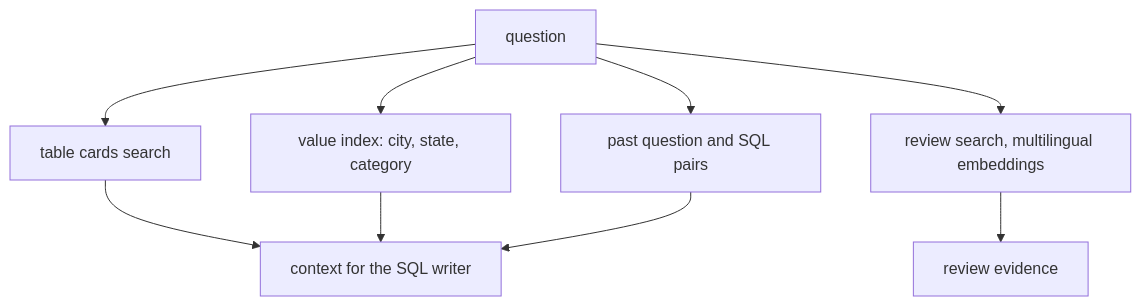
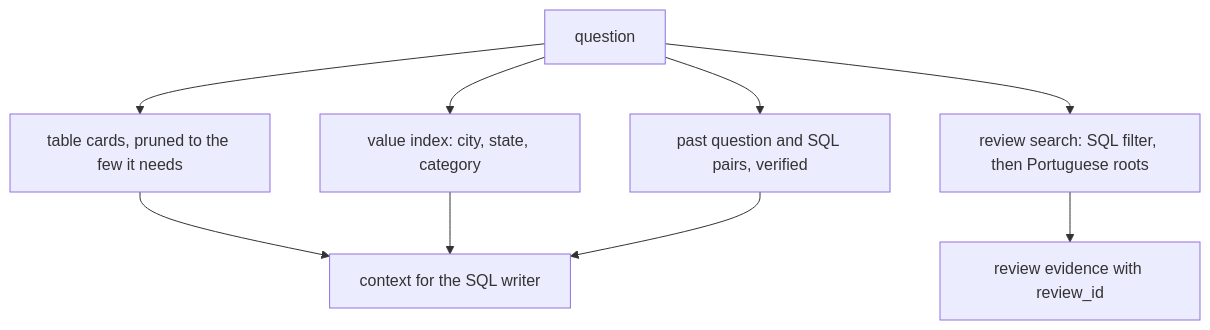
One commit to learnwithparam/agentic-commerce-data changed the diagram in parts/04-retrieve-the-context/README.md. Above: the diagram before and after it, drawn with Mermaid. The commit also changed other lines of this file and 96 other files, not shown here.

First line of the commit message:
Part 04: retrieve the schema, values, past questions and reviews

````diff
--- a/parts/04-retrieve-the-context/README.md
+++ b/parts/04-retrieve-the-context/README.md
@@ -22,11 +21,11 @@
 ```mermaid
 flowchart TB
-  Q[question] --> S[table cards search]
+  Q[question] --> S[table cards, pruned to the few it needs]
   Q --> V[value index: city, state, category]
-  Q --> P[past question and SQL pairs]
-  Q --> RV[review search, multilingual embeddings]
+  Q --> P[past question and SQL pairs, verified]
+  Q --> RV[review search: SQL filter, then Portuguese roots]
   S --> C[context for the SQL writer]
   V --> C
   P --> C
-  RV --> E[review evidence]
+  RV --> E[review evidence with review_id]
 ```
````
